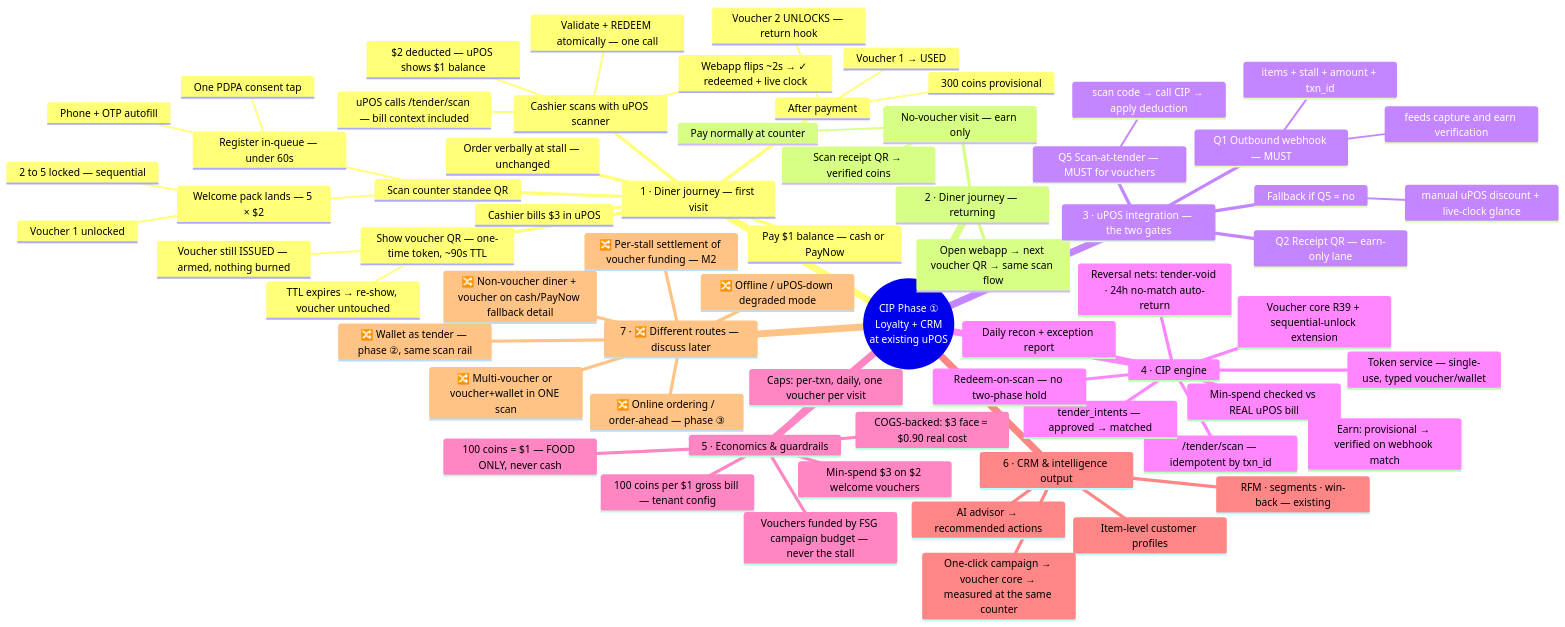
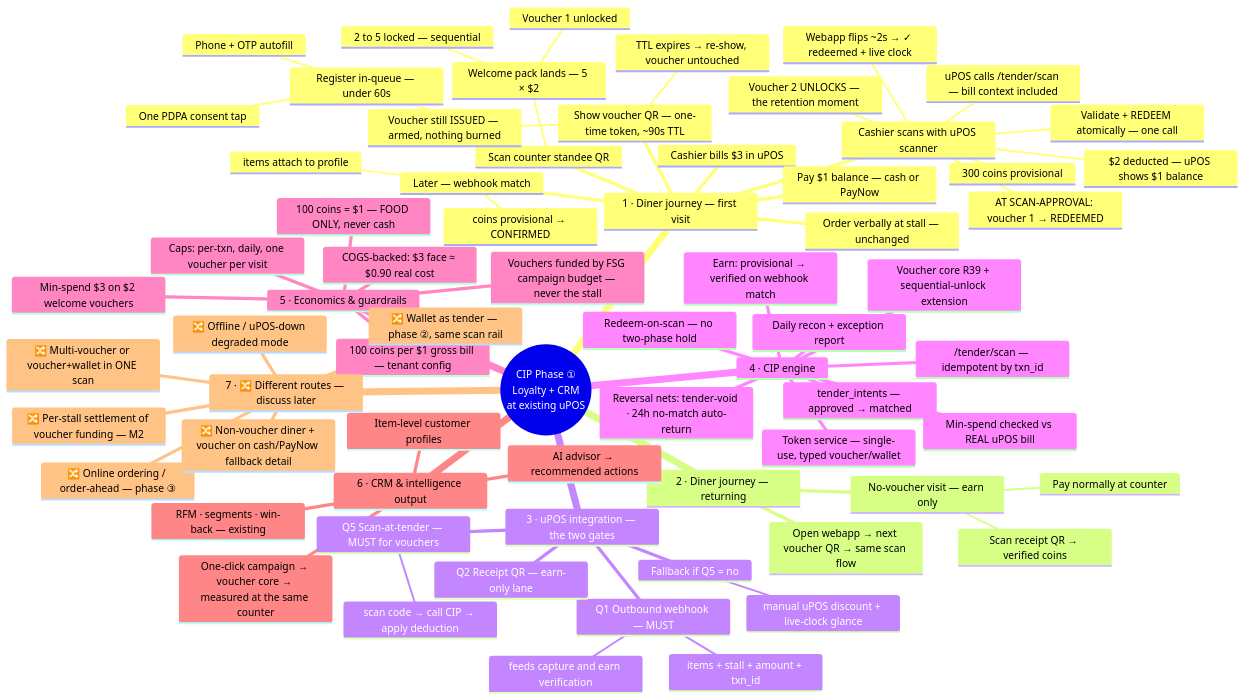
One commit to MetaliveSG/FB-Group changed the diagram in docs/flow-mindmap.md. Above: the diagram before and after it, drawn with Mermaid.

Commit message:
docs(mindmap): redemption + sequential unlock fire at scan-approval, not after payment

````diff
--- a/docs/flow-mindmap.md
+++ b/docs/flow-mindmap.md
@@ -7,70 +7,72 @@
 ```mermaid
 mindmap
   root((CIP Phase ①<br/>Loyalty + CRM<br/>at existing uPOS))
     1 · Diner journey — first visit
       Order verbally at stall — unchanged
       Cashier bills $3 in uPOS
       Scan counter standee QR
         Register in-queue — under 60s
           Phone + OTP autofill
           One PDPA consent tap
         Welcome pack lands — 5 × $2
           Voucher 1 unlocked
           2 to 5 locked — sequential
       Show voucher QR — one-time token, ~90s TTL
         Voucher still ISSUED — armed, nothing burned
         TTL expires → re-show, voucher untouched
       Cashier scans with uPOS scanner
         uPOS calls /tender/scan — bill context included
         Validate + REDEEM atomically — one call
         $2 deducted — uPOS shows $1 balance
         Webapp flips ~2s → ✓ redeemed + live clock
+        AT SCAN-APPROVAL: voucher 1 → REDEEMED
+        Voucher 2 UNLOCKS — the retention moment
+        300 coins provisional
       Pay $1 balance — cash or PayNow
-      After payment
-        Voucher 1 → USED
-        Voucher 2 UNLOCKS — return hook
-        300 coins provisional
+      Later — webhook match
+        items attach to profile
+        coins provisional → CONFIRMED
     2 · Diner journey — returning
       Open webapp → next voucher QR → same scan flow
       No-voucher visit — earn only
         Pay normally at counter
         Scan receipt QR → verified coins
     3 · uPOS integration — the two gates
       Q1 Outbound webhook — MUST
         items + stall + amount + txn_id
         feeds capture and earn verification
       Q5 Scan-at-tender — MUST for vouchers
         scan code → call CIP → apply deduction
       Q2 Receipt QR — earn-only lane
       Fallback if Q5 = no
         manual uPOS discount + live-clock glance
     4 · CIP engine
       Token service — single-use, typed voucher/wallet
       /tender/scan — idempotent by txn_id
       tender_intents — approved → matched
       Voucher core R39 + sequential-unlock extension
       Min-spend checked vs REAL uPOS bill
       Earn: provisional → verified on webhook match
       Redeem-on-scan — no two-phase hold
       Reversal nets: tender-void · 24h no-match auto-return
       Daily recon + exception report
     5 · Economics & guardrails
       100 coins per $1 gross bill — tenant config
       100 coins = $1 — FOOD ONLY, never cash
       Min-spend $3 on $2 welcome vouchers
       COGS-backed: $3 face ≈ $0.90 real cost
       Vouchers funded by FSG campaign budget — never the stall
       Caps: per-txn, daily, one voucher per visit
     6 · CRM & intelligence output
       Item-level customer profiles
       RFM · segments · win-back — existing
       AI advisor → recommended actions
       One-click campaign → voucher core → measured at the same counter
     7 · 🔀 Different routes — discuss later
       🔀 Wallet as tender — phase ②, same scan rail
       🔀 Online ordering / order-ahead — phase ③
       🔀 Non-voucher diner + voucher on cash/PayNow fallback detail
       🔀 Multi-voucher or voucher+wallet in ONE scan
       🔀 Per-stall settlement of voucher funding — M2
       🔀 Offline / uPOS-down degraded mode
 ```
````
